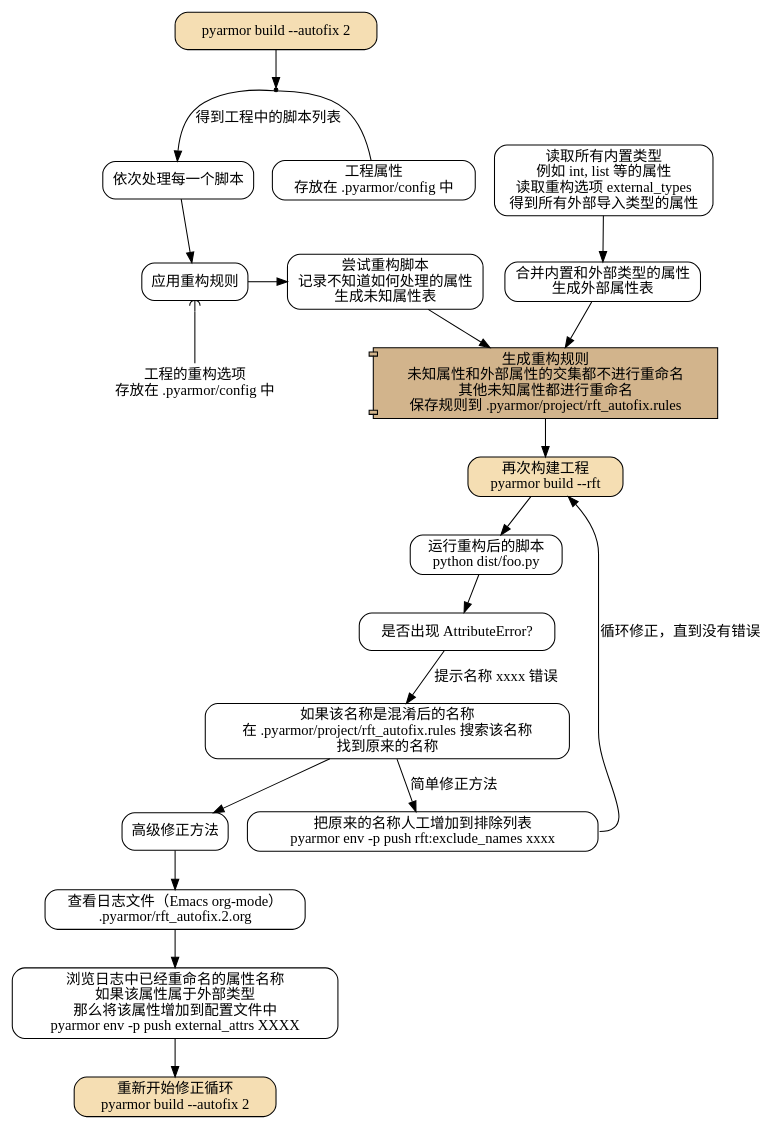
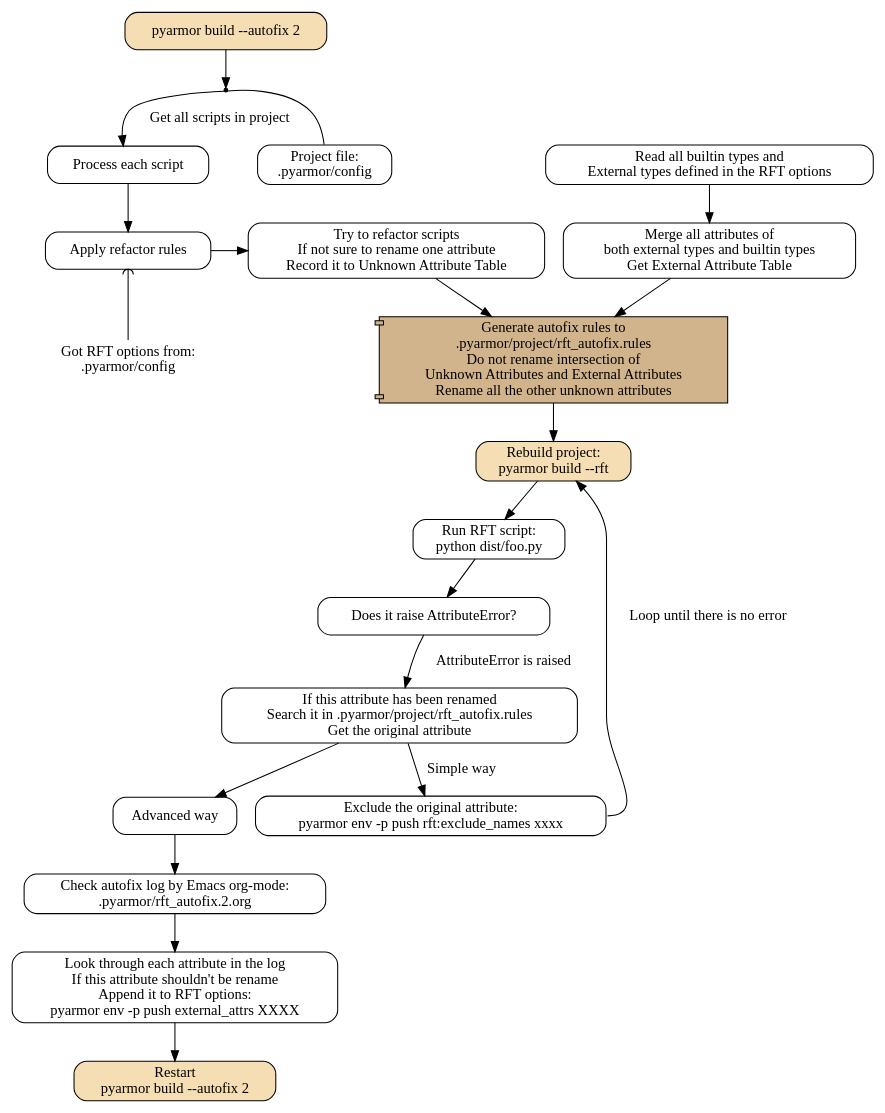
One commit to dashingsoft/dashingsoft.github.io changed the eighth of 10 diagrams in pyarmor/learn/en/commands.rst. Above: the diagram before and after it, drawn with Graphviz. The commit also changed other lines of this file and 3 other files, not shown here.

```diff
--- a/pyarmor/learn/en/commands.rst
+++ b/pyarmor/learn/en/commands.rst
@@ -241,59 +238,59 @@
 .. graphviz::
-   :caption: 重构复杂脚本自动修正模式二
+   :caption: Refactor Complex Script Autofix Mode 2
    :align: center
    :name: g-project-rft-autofix-2
 
    digraph G {
       node [shape=box, style=rounded, target="_top"]
 
       build [label="pyarmor build --autofix 2"
              style="filled,rounded"
              fillcolor="wheat"]
       join1 [shape=point]
 
-      items [label="依次处理每一个脚本"]
+      items [label="Process each script"]
 
-      conf [label="工程属性\n存放在 .pyarmor/config 中"]
+      conf [label="Project file: \n.pyarmor/config"]
 
       rules [shape=plaintext
-             label="工程的重构选项\n存放在 .pyarmor/config 中"]
-      p1 [label="应用重构规则"]
-      rft [label="尝试重构脚本\n记录不知道如何处理的属性\n生成未知属性表"]
+             label="Got RFT options from:\n.pyarmor/config"]
+      p1 [label="Apply refactor rules"]
+      rft [label="Try to refactor scripts\nIf not sure to rename one attribute\nRecord it to Unknown Attribute Table"]
 
-      u1 [label="读取所有内置类型\n例如 int, list 等的属性\n读取重构选项 external_types\n得到所有外部导入类型的属性"]
-      un [label="合并内置和外部类型的属性\n生成外部属性表"]
+      u1 [label="Read all builtin types and\nExternal types defined in the RFT options"]
+      un [label="Merge all attributes of \nboth external types and builtin types\nGet External Attribute Table"]
       u1 -> un
 
       autofix [shape=component
                style="filled"
                fillcolor="tan"
-               label="生成重构规则\n未知属性和外部属性的交集都不进行重命名\n其他未知属性都进行重命名\n保存规则到 .pyarmor/project/rft_autofix.rules"]
+               label="Generate autofix rules to\n.pyarmor/project/rft_autofix.rules\nDo not rename intersection of \nUnknown Attributes and External Attributes\nRename all the other unknown attributes"]
       un -> autofix
 
       build -> join1
       join1 -> conf [dir=none]
-      join1 -> items [label="得到工程中的脚本列表"]
+      join1 -> items [label="Get all scripts in project"]
       items -> p1
       rank=same { p1 -> rft [dir=normal] }
       p1 -> rules [arrowtail=curve dir=back]
       rft -> autofix
 
       rebuild [style="filled,rounded"
                fillcolor="wheat"
-               label="再次构建工程\npyarmor build --rft"]
-      test [label="运行重构后的脚本\npython dist/foo.py"]
-      fb [label="是否出现 AttributeError?"]
-      f1 [label="如果该名称是混淆后的名称\n在 .pyarmor/project/rft_autofix.rules 搜索该名称\n找到原来的名称"]
-      f2 [label="把原来的名称人工增加到排除列表\npyarmor env -p push rft:exclude_names xxxx"]
-      f3 [label="高级修正方法"]
-      f4 [label="查看日志文件（Emacs org-mode）\n.pyarmor/rft_autofix.2.org"]
-      f5 [label="浏览日志中已经重命名的属性名称\n如果该属性属于外部类型\n那么将该属性增加到配置文件中\npyarmor env -p push external_attrs XXXX"]
-      f6 [label="重新开始修正循环\npyarmor build --autofix 2"
+               label="Rebuild project:\npyarmor build --rft"]
+      test [label="Run RFT script:\npython dist/foo.py"]
+      fb [label="Does it raise AttributeError?"]
+      f1 [label="If this attribute has been renamed\nSearch it in .pyarmor/project/rft_autofix.rules\nGet the original attribute"]
+      f2 [label="Exclude the original attribute:\npyarmor env -p push rft:exclude_names xxxx"]
+      f3 [label="Advanced way"]
+      f4 [label="Check autofix log by Emacs org-mode:\n.pyarmor/rft_autofix.2.org"]
+      f5 [label="Look through each attribute in the log\nIf this attribute shouldn't be rename\nAppend it to RFT options:\npyarmor env -p push external_attrs XXXX"]
+      f6 [label="Restart\npyarmor build --autofix 2"
           style="filled,rounded"
           fillcolor="wheat"]
       autofix -> rebuild -> test -> fb
-      fb -> f1 [label="提示名称 xxxx 错误"]
-      f1 -> f2 [label="简单修正方法"]
-      f2 -> rebuild [label="循环修正，直到没有错误" tailport=e]
+      fb -> f1 [label="AttributeError is raised"]
+      f1 -> f2 [label="Simple way"]
+      f2 -> rebuild [label="Loop until there is no error" tailport=e]
       f1 -> f3 -> f4 -> f5 -> f6
    }
```
